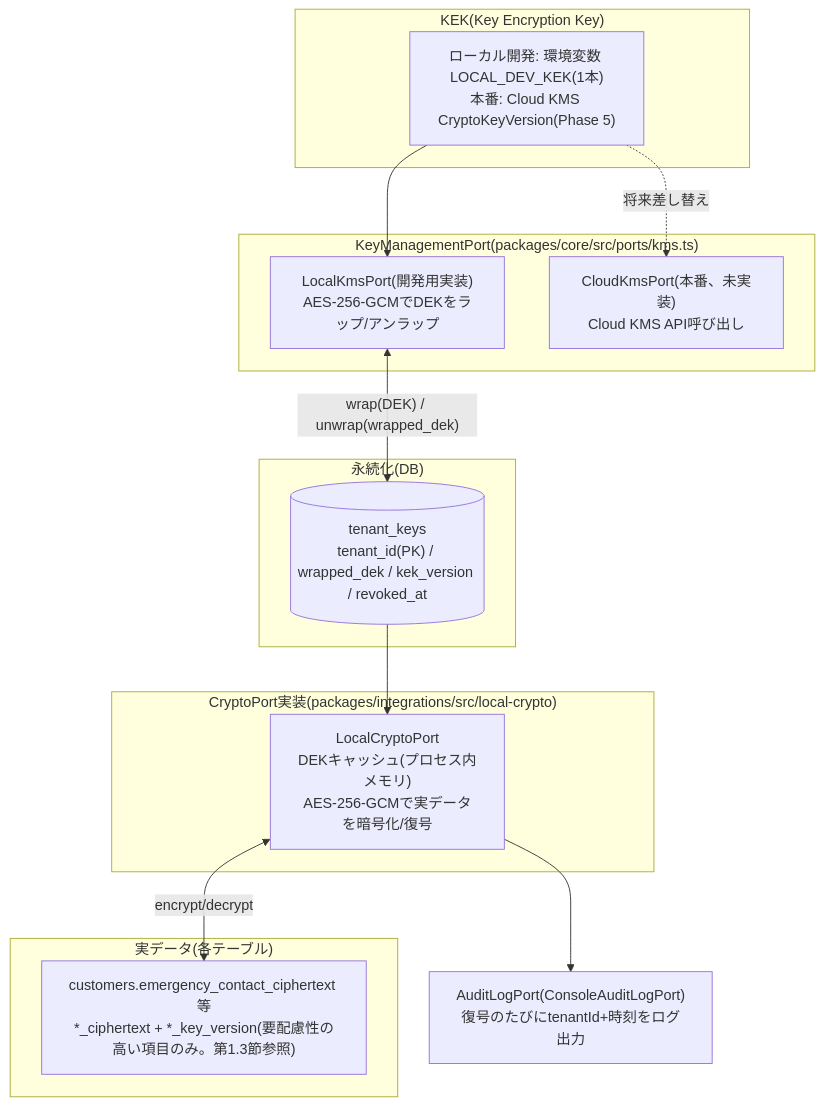
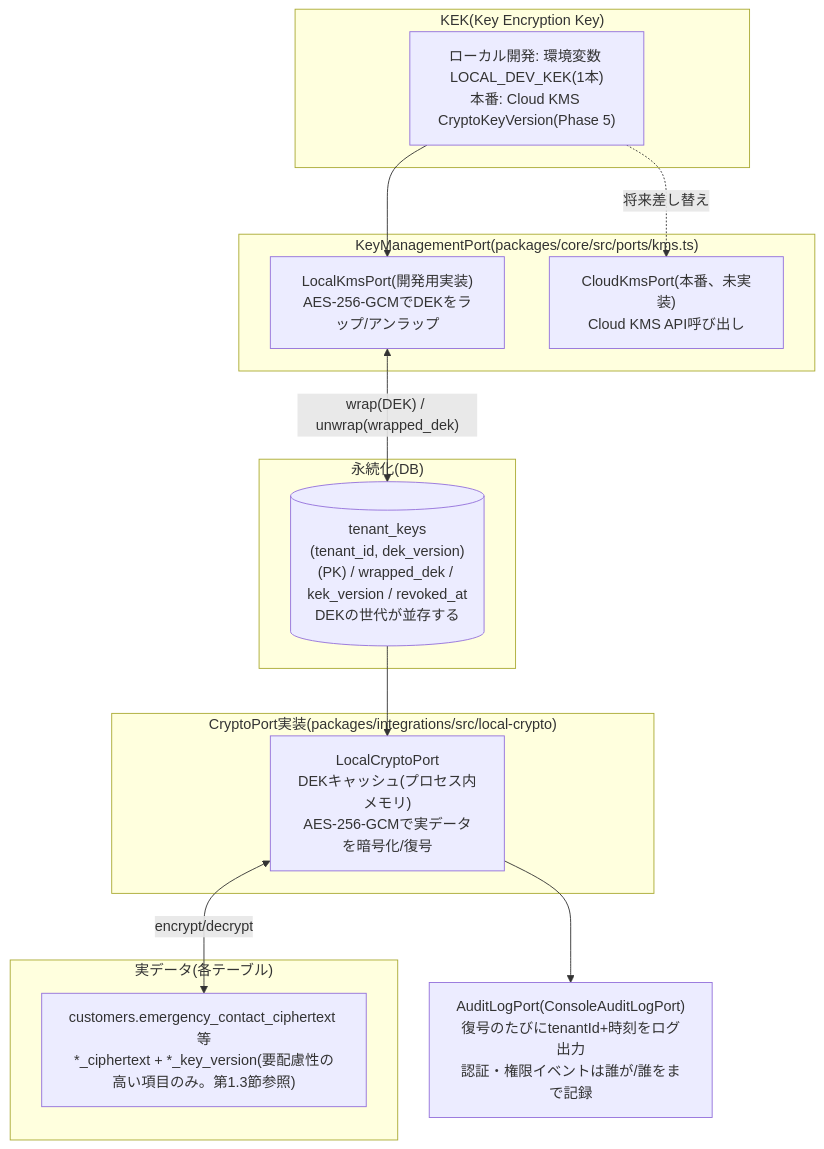
Before and after one commit to ohru131/katahimo-app: the second of 3 diagrams in doc/09_データベース構造解説.md, drawn with Mermaid. The commit also changed other lines of this file and 92 other files, not shown here.

````diff
--- a/doc/09_データベース構造解説.md
+++ b/doc/09_データベース構造解説.md
@@ -209,32 +244,32 @@
 ```mermaid
 flowchart TB
     subgraph "KEK(Key Encryption Key)"
         KEK["ローカル開発: 環境変数 LOCAL_DEV_KEK(1本)<br/>本番: Cloud KMS CryptoKeyVersion(Phase 5)"]
     end
 
     subgraph "KeyManagementPort(packages/core/src/ports/kms.ts)"
         LocalKms["LocalKmsPort(開発用実装)<br/>AES-256-GCMでDEKをラップ/アンラップ"]
         CloudKms["CloudKmsPort(本番、未実装)<br/>Cloud KMS API呼び出し"]
     end
 
     subgraph "永続化(DB)"
-        TenantKeys[("tenant_keys<br/>tenant_id(PK) / wrapped_dek / kek_version / revoked_at")]
+        TenantKeys[("tenant_keys<br/>(tenant_id, dek_version)(PK) / wrapped_dek / kek_version / revoked_at<br/>DEKの世代が並存する")]
     end
 
     subgraph "CryptoPort実装(packages/integrations/src/local-crypto)"
         LocalCrypto["LocalCryptoPort<br/>DEKキャッシュ(プロセス内メモリ)<br/>AES-256-GCMで実データを暗号化/復号"]
     end
 
     subgraph "実データ(各テーブル)"
         CipherCols["customers.emergency_contact_ciphertext 等<br/>*_ciphertext + *_key_version(要配慮性の高い項目のみ。第1.3節参照)"]
     end
 
-    AuditLog["AuditLogPort(ConsoleAuditLogPort)<br/>復号のたびにtenantId+時刻をログ出力"]
+    AuditLog["AuditLogPort(ConsoleAuditLogPort)<br/>復号のたびにtenantId+時刻をログ出力<br/>認証・権限イベントは誰が/誰をまで記録"]
 
     KEK --> LocalKms
     KEK -.将来差し替え.-> CloudKms
     LocalKms <-- "wrap(DEK) / unwrap(wrapped_dek)" --> TenantKeys
     TenantKeys --> LocalCrypto
     LocalCrypto <-- "encrypt/decrypt" --> CipherCols
     LocalCrypto --> AuditLog
 ```
````
